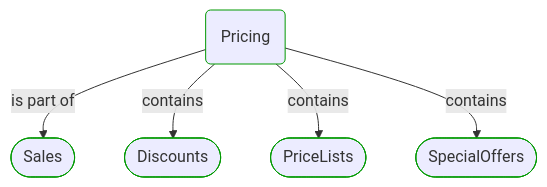
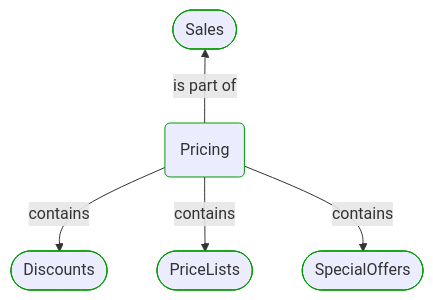
One commit to itlibrium/DDD-starter-dotnet changed the first of 5 diagrams in Docs/P3/MermaidOutput/Modules/Sales/Pricing/Pricing.md. Above: the diagram before and after it, drawn with Mermaid. The commit also changed other lines of this file and 174 other files, not shown here.

````diff
--- a/Docs/P3/MermaidOutput/Modules/Sales/Pricing/Pricing.md
+++ b/Docs/P3/MermaidOutput/Modules/Sales/Pricing/Pricing.md
@@ -20,20 +20,23 @@
 ```mermaid
   flowchart TB
-    0(Pricing)
+    0([Sales])
     class 0 DomainPerspective
-    1([Sales])
+    1(Pricing)
     class 1 DomainPerspective
-    0-->|is part of|1
+    0---1
+    1-->|is part of|0
+    1---0
     2([Discounts])
     class 2 DomainPerspective
-    0-->|contains|2
+    1-->|contains|2
     3([PriceLists])
     class 3 DomainPerspective
-    0-->|contains|3
+    1-->|contains|3
     4([SpecialOffers])
     class 4 DomainPerspective
-    0-->|contains|4
+    1-->|contains|4
+    linkStyle 0,2 stroke:none
     classDef DomainPerspective stroke:#009900
     classDef TechnologyPerspective stroke:#1F41EB
     classDef PeoplePerspective stroke:#FFF014
 ```
````
